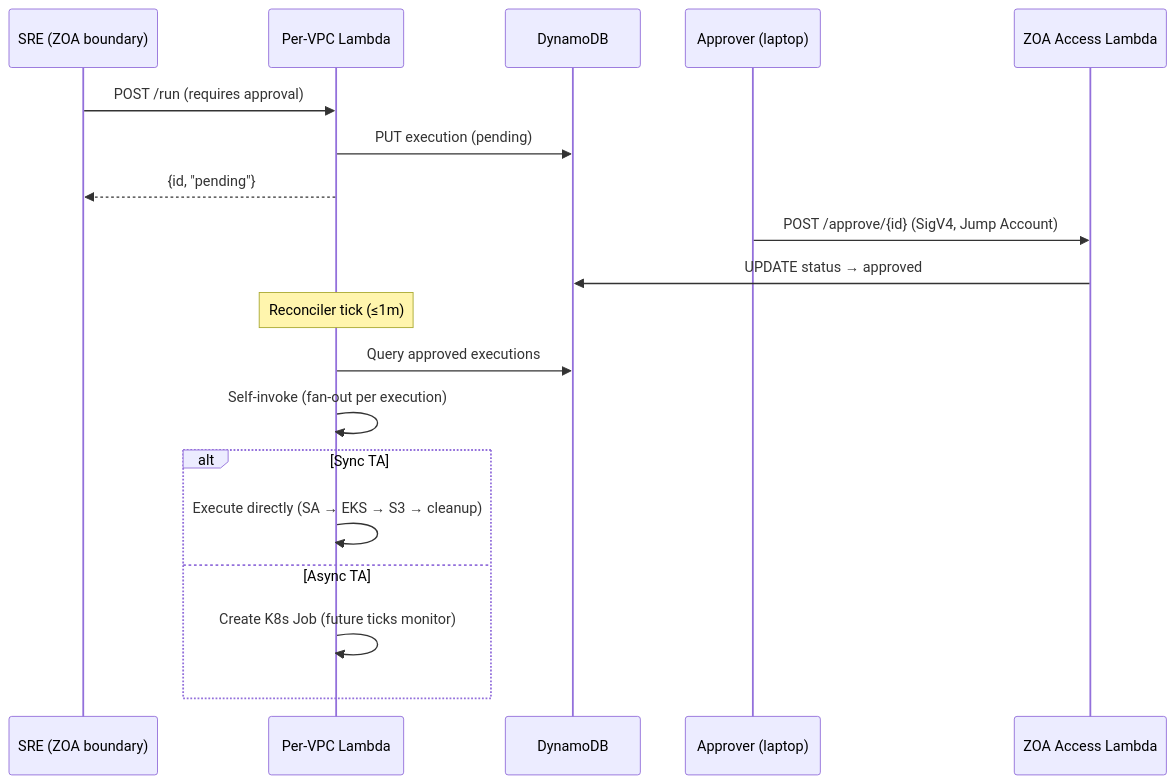
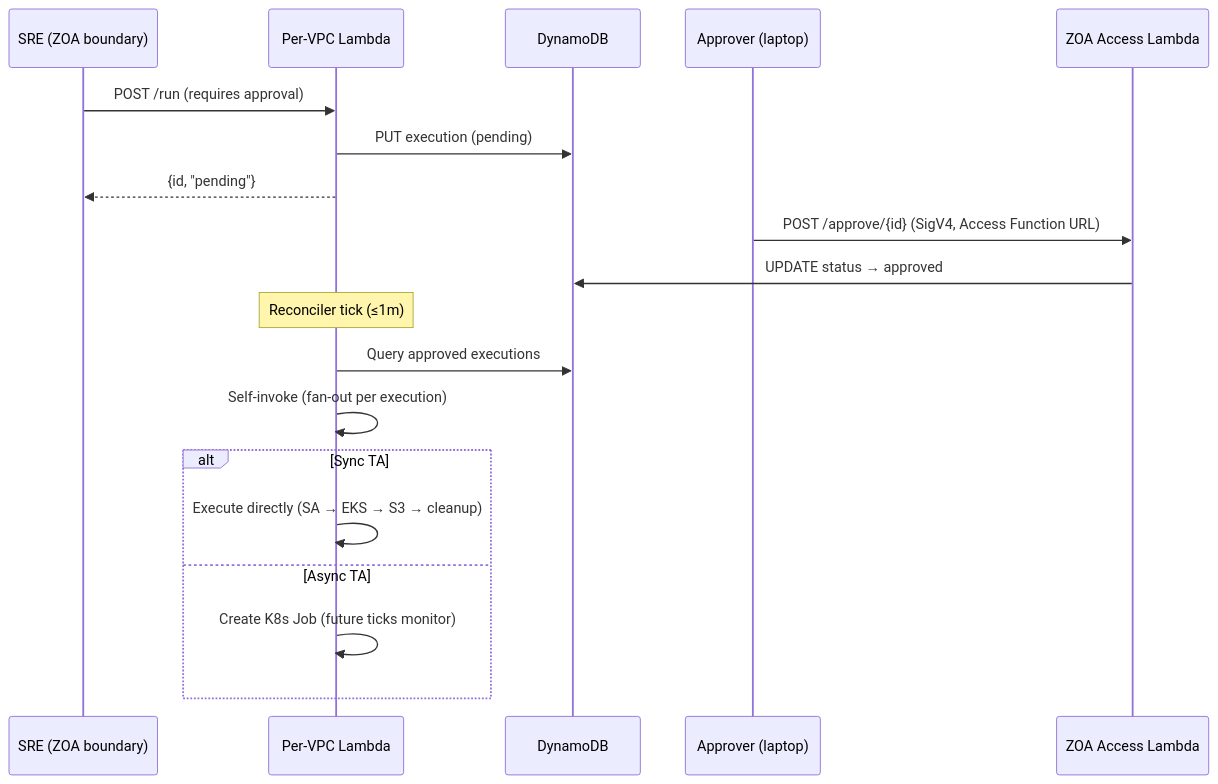
Before and after one commit to rosa-regional-platform-ci/rosa-hyperfleet: the second of 2 diagrams in docs/design/zoa-architecture.md, drawn with Mermaid. The commit also changed other lines of this file, not shown here.

First line of the commit message:
docs: ZOA boundary and Access Function URL in architecture ADR

````diff
--- a/docs/design/zoa-architecture.md
+++ b/docs/design/zoa-architecture.md
@@ -365,25 +353,25 @@
 ```mermaid
 sequenceDiagram
     participant SRE as SRE (ZOA boundary)
     participant Lambda as Per-VPC Lambda
     participant DDB as DynamoDB
     participant Approver as Approver (laptop)
     participant Access as ZOA Access Lambda
 
     SRE->>Lambda: POST /run (requires approval)
     Lambda->>DDB: PUT execution (pending)
     Lambda-->>SRE: {id, "pending"}
 
-    Approver->>Access: POST /approve/{id} (SigV4, Jump Account)
+    Approver->>Access: POST /approve/{id} (SigV4, Access Function URL)
     Access->>DDB: UPDATE status → approved
 
     Note over Lambda: Reconciler tick (≤1m)
     Lambda->>DDB: Query approved executions
     Lambda->>Lambda: Self-invoke (fan-out per execution)
 
     alt Sync TA
         Lambda->>Lambda: Execute directly (SA → EKS → S3 → cleanup)
     else Async TA
         Lambda->>Lambda: Create K8s Job (future ticks monitor)
     end
 ```
````
